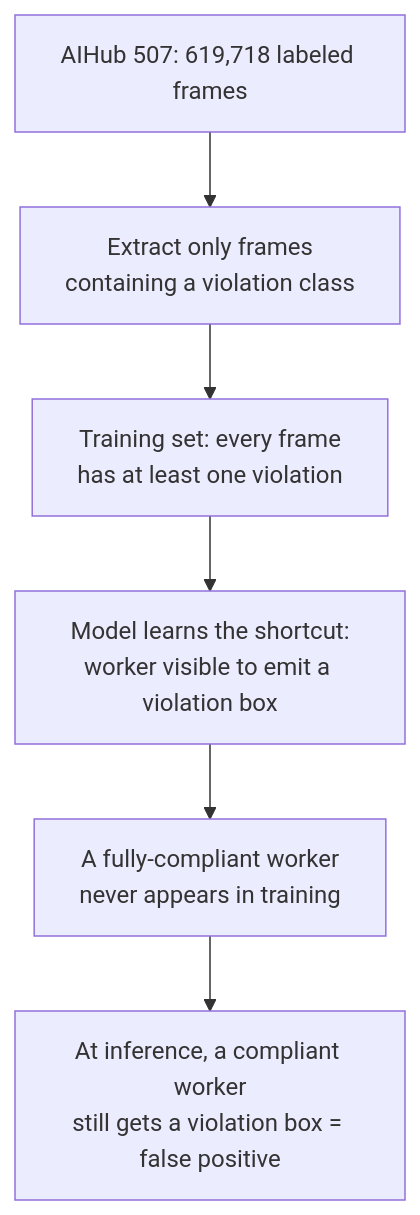
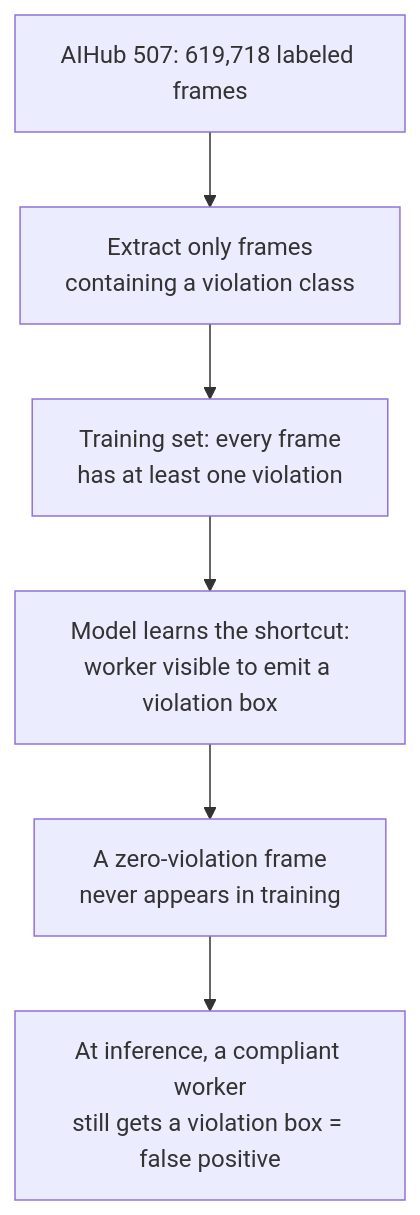
The second of 3 diagrams in _posts/2026-06-11-rtmdet-safety-gear-false-positives.md (youngunghan/scitechblog), drawn with Mermaid before and after one commit. The commit also changed other lines of this file and 2 other files, not shown here.

````diff
--- a/_posts/2026-06-11-rtmdet-safety-gear-false-positives.md
+++ b/_posts/2026-06-11-rtmdet-safety-gear-false-positives.md
@@ -82,8 +82,8 @@
 ```mermaid
 flowchart TB
     A["AIHub 507: 619,718 labeled frames"] --> B["Extract only frames<br/>containing a violation class"]
     B --> C["Training set: every frame<br/>has at least one violation"]
     C --> D["Model learns the shortcut:<br/>worker visible to emit a violation box"]
-    D --> E["A fully-compliant worker<br/>never appears in training"]
+    D --> E["A zero-violation frame<br/>never appears in training"]
     E --> F["At inference, a compliant worker<br/>still gets a violation box = false positive"]
 ```
````
